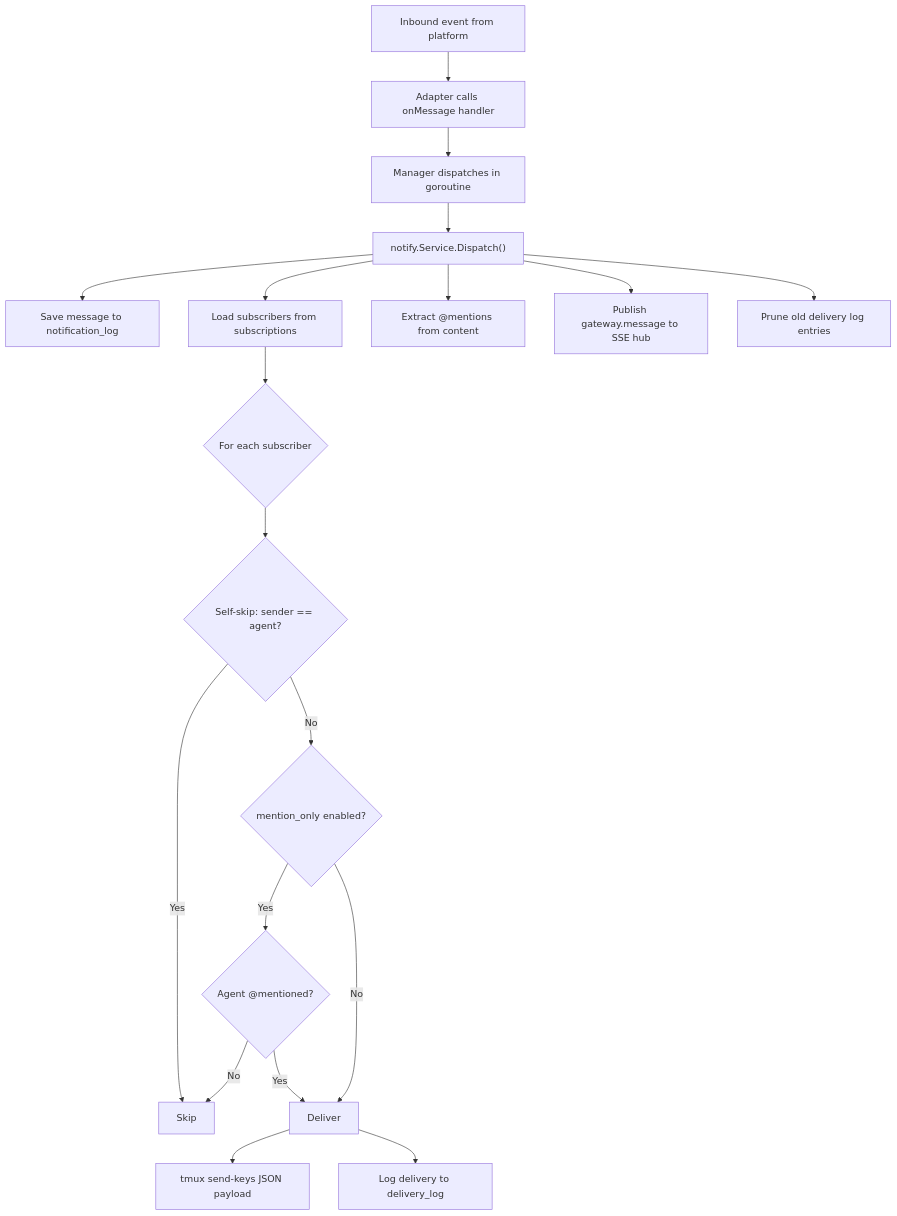
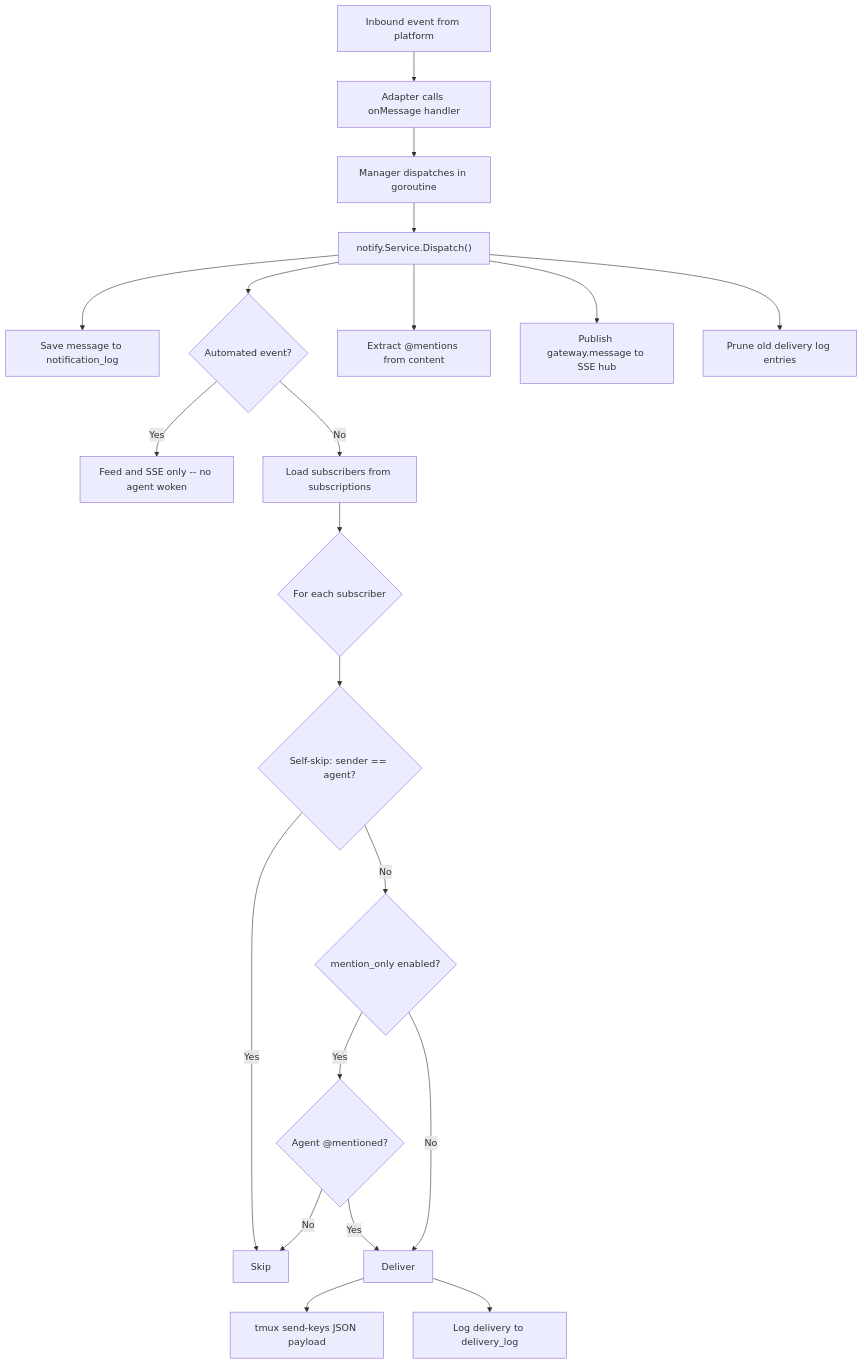
Before and after one commit to rpuneet/bc: the fourth of 5 diagrams in docs/explanation/notifications.md, drawn with Mermaid. The commit also changed other lines of this file and 8 other files, not shown here.

````diff
--- a/docs/explanation/notifications.md
+++ b/docs/explanation/notifications.md
@@ -556,24 +556,26 @@
 ```mermaid
 flowchart TD
     A[Inbound event from platform] --> B[Adapter calls onMessage handler]
     B --> C[Manager dispatches in goroutine]
     C --> D["notify.Service.Dispatch()"]
     D --> E[Save message to notification_log]
-    D --> F[Load subscribers from subscriptions]
+    D --> R{Automated event?}
+    R -->|Yes| S[Feed and SSE only -- no agent woken]
+    R -->|No| F[Load subscribers from subscriptions]
     D --> G["Extract @mentions from content"]
 
     F --> H{For each subscriber}
     H --> I{Self-skip: sender == agent?}
     I -->|Yes| J[Skip]
     I -->|No| K{mention_only enabled?}
     K -->|Yes| L{Agent @mentioned?}
     L -->|No| J
     L -->|Yes| M[Deliver]
     K -->|No| M
 
     M --> N[tmux send-keys JSON payload]
     M --> O[Log delivery to delivery_log]
 
     D --> P[Publish gateway.message to SSE hub]
     D --> Q[Prune old delivery log entries]
 ```
````
